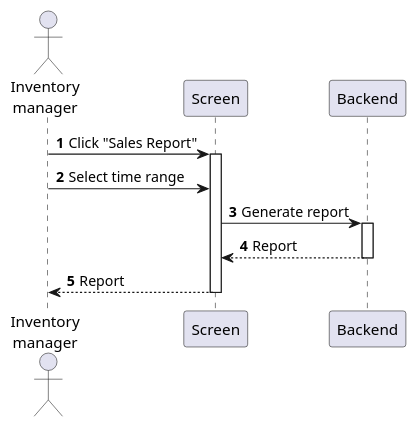
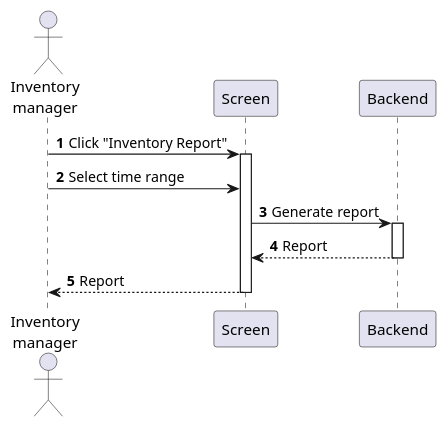
Before and after one commit to phihungha/scmss-reqs: the diagram in sequences/inventory-generate-report.plantuml, drawn with PlantUML. The commit also changed 53 other files, not shown here.

Commit message:
add diagrams' images

```diff
--- a/sequences/inventory-generate-report.plantuml
+++ b/sequences/inventory-generate-report.plantuml
@@ -1,15 +1,15 @@
 @startuml inventory-generate-report
 autonumber
 
 actor "Inventory\nmanager" as a
 participant Screen as f
 participant Backend as b
 
-a -> f : Click "Sales Report"
+a -> f : Click "Inventory Report"
 activate f
 a -> f : Select time range
 f -> b : Generate report
 activate b
 return Report
 return Report
 @enduml
```
